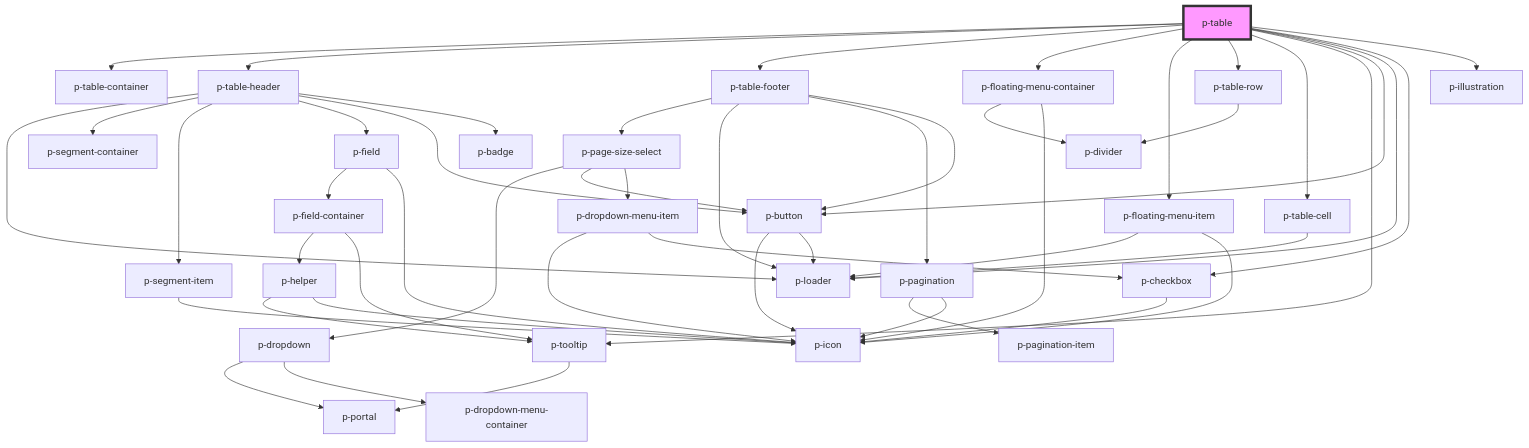
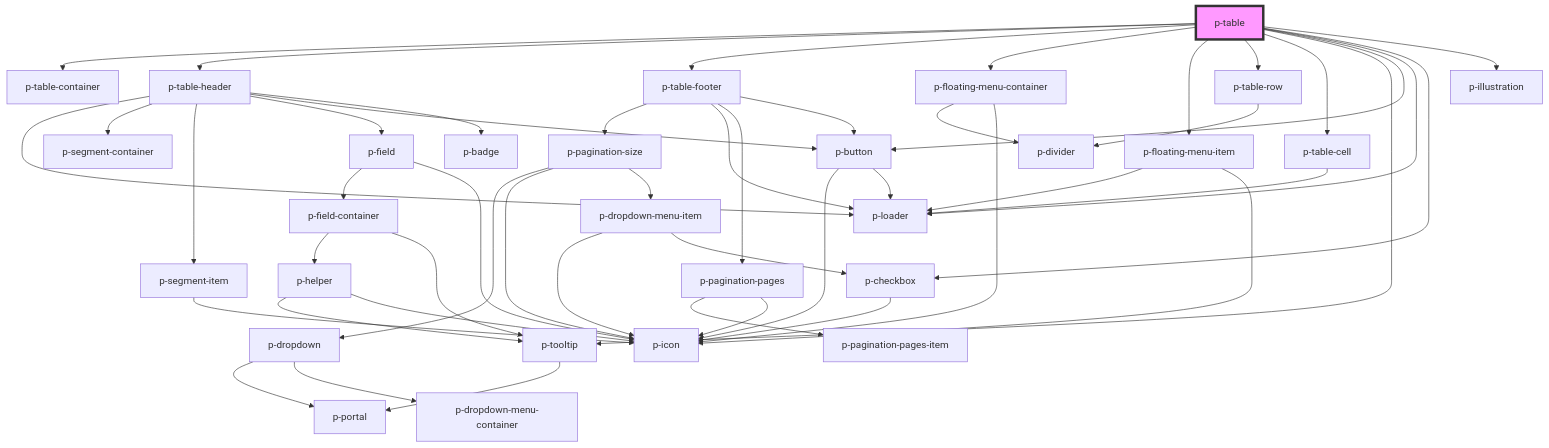
Before and after one commit to Employes/Paperless: the diagram in packages/core/src/components/organisms/table/readme.md, drawn with Mermaid. The commit also changed 49 other files, not shown here.

Commit message:
refactor(molecules/pagination): Apply rebranding & rename page-size-select to pagination-size

````diff
--- a/packages/core/src/components/organisms/table/readme.md
+++ b/packages/core/src/components/organisms/table/readme.md
@@ -95,52 +95,52 @@
 ```mermaid
 graph TD;
   p-table --> p-table-container
   p-table --> p-table-header
   p-table --> p-table-footer
   p-table --> p-floating-menu-container
   p-table --> p-floating-menu-item
   p-table --> p-table-row
   p-table --> p-table-cell
   p-table --> p-tooltip
   p-table --> p-button
   p-table --> p-loader
   p-table --> p-checkbox
   p-table --> p-illustration
   p-table-header --> p-loader
   p-table-header --> p-segment-container
   p-table-header --> p-segment-item
   p-table-header --> p-field
   p-table-header --> p-button
   p-table-header --> p-badge
   p-segment-item --> p-icon
   p-field --> p-field-container
   p-field --> p-icon
   p-field-container --> p-helper
   p-field-container --> p-tooltip
   p-helper --> p-tooltip
   p-helper --> p-icon
   p-tooltip --> p-portal
   p-button --> p-icon
   p-button --> p-loader
-  p-table-footer --> p-page-size-select
+  p-table-footer --> p-pagination-size
   p-table-footer --> p-loader
-  p-table-footer --> p-pagination
+  p-table-footer --> p-pagination-pages
   p-table-footer --> p-button
-  p-page-size-select --> p-dropdown
-  p-page-size-select --> p-button
-  p-page-size-select --> p-dropdown-menu-item
+  p-pagination-size --> p-dropdown
+  p-pagination-size --> p-icon
+  p-pagination-size --> p-dropdown-menu-item
   p-dropdown --> p-portal
   p-dropdown --> p-dropdown-menu-container
   p-dropdown-menu-item --> p-icon
   p-dropdown-menu-item --> p-checkbox
   p-checkbox --> p-icon
-  p-pagination --> p-pagination-item
-  p-pagination --> p-icon
+  p-pagination-pages --> p-pagination-pages-item
+  p-pagination-pages --> p-icon
   p-floating-menu-container --> p-divider
   p-floating-menu-container --> p-icon
   p-floating-menu-item --> p-loader
   p-floating-menu-item --> p-icon
   p-table-row --> p-divider
   p-table-cell --> p-loader
   style p-table fill:#f9f,stroke:#333,stroke-width:4px
 ```
````
